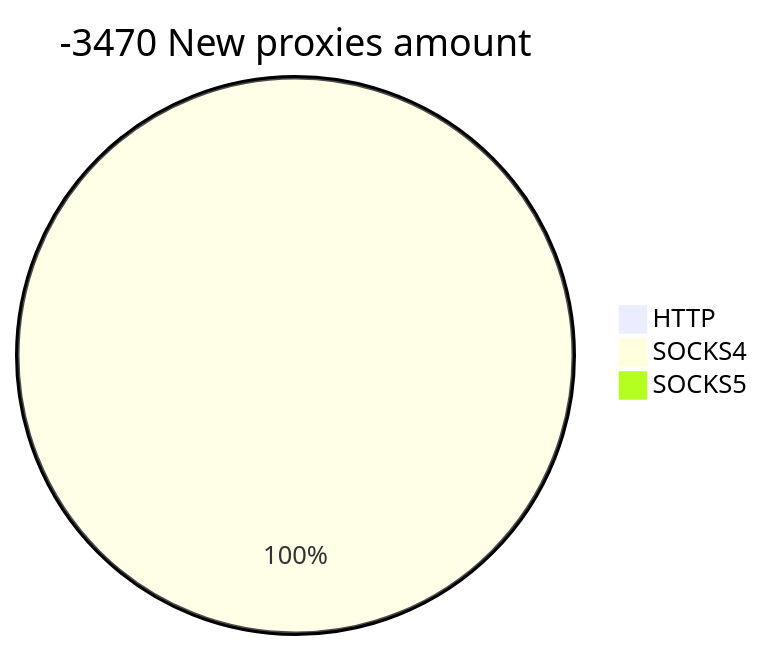
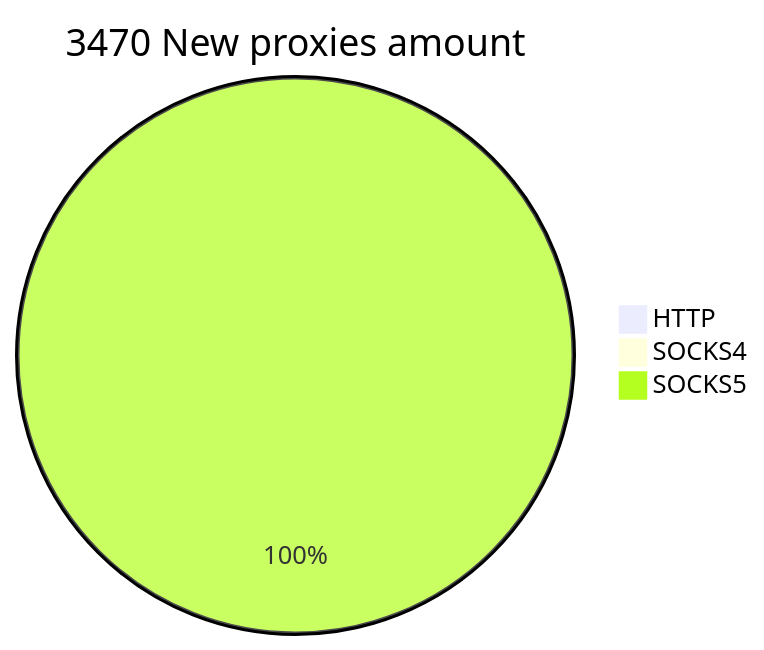
The second of 2 diagrams in README.md (cutipu/proxylist), drawn with Mermaid before and after one commit. The commit also changed other lines of this file, not shown here.

````diff
--- a/README.md
+++ b/README.md
@@ -10,6 +10,6 @@
 ```mermaid
-pie title -3470 New proxies amount
+pie title 3470 New proxies amount
     "HTTP" : 0
-    "SOCKS4" : 2
-    "SOCKS5" : 0
+    "SOCKS4" : 0
+    "SOCKS5" : 3475
 ```
````
